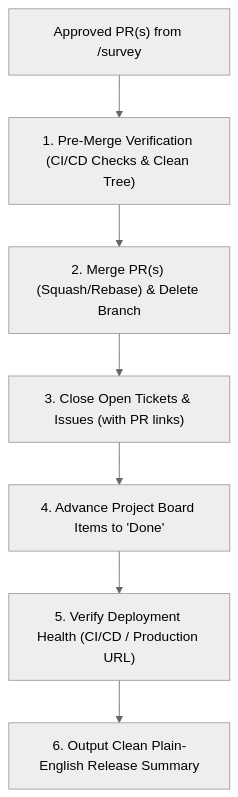
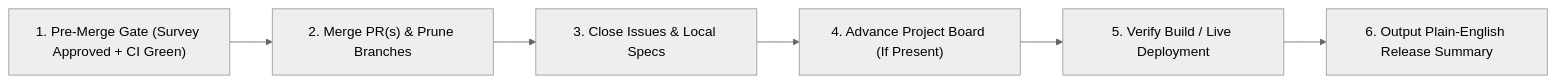
One commit to mcmxciillan/code-gardening changed the diagram in skills/tidy/SKILL.md. Above: the diagram before and after it, drawn with Mermaid (neutral theme). The commit also changed other lines of this file and 10 other files, not shown here.

Commit message:
refactor(skills): sharpen context pointers, extract PILLARS/DASHBOARD references, and fix subagent execution flows

````diff
--- a/skills/tidy/SKILL.md
+++ b/skills/tidy/SKILL.md
@@ -12,9 +10,8 @@
 ```mermaid
-graph TD
-    PRCertified["Approved PR(s) from /survey"] --> CheckGate["1. Pre-Merge Verification (CI/CD Checks & Clean Tree)"]
-    CheckGate --> Merge["2. Merge PR(s) (Squash/Rebase) & Delete Branch"]
-    Merge --> UpdateTickets["3. Close Open Tickets & Issues (with PR links)"]
-    UpdateTickets --> MoveBoard["4. Advance Project Board Items to 'Done'"]
-    MoveBoard --> VerifyDeploy["5. Verify Deployment Health (CI/CD / Production URL)"]
-    VerifyDeploy --> FinalSummary["6. Output Clean Plain-English Release Summary"]
+graph LR
+    Gate["1. Pre-Merge Gate (Survey Approved + CI Green)"] --> Merge["2. Merge PR(s) & Prune Branches"]
+    Merge --> Issues["3. Close Issues & Local Specs"]
+    Issues --> Board["4. Advance Project Board (If Present)"]
+    Board --> Deploy["5. Verify Build / Live Deployment"]
+    Deploy --> Summary["6. Output Plain-English Release Summary"]
 ```
````
